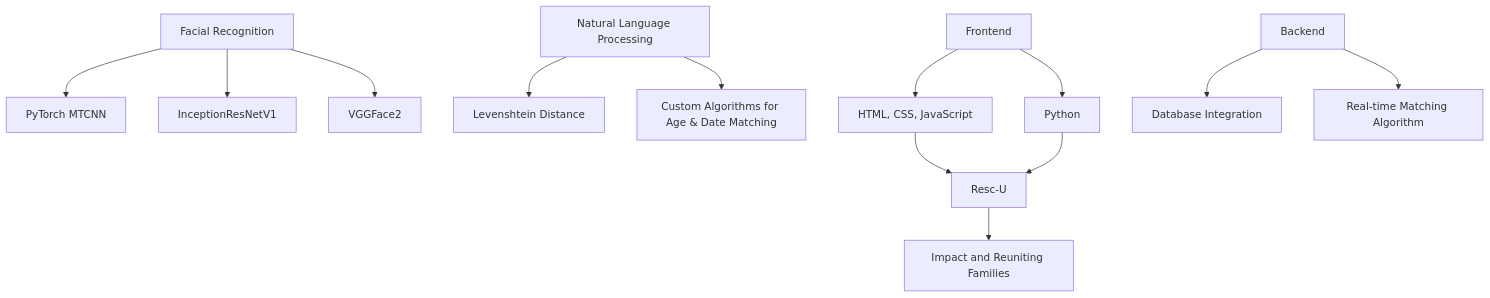
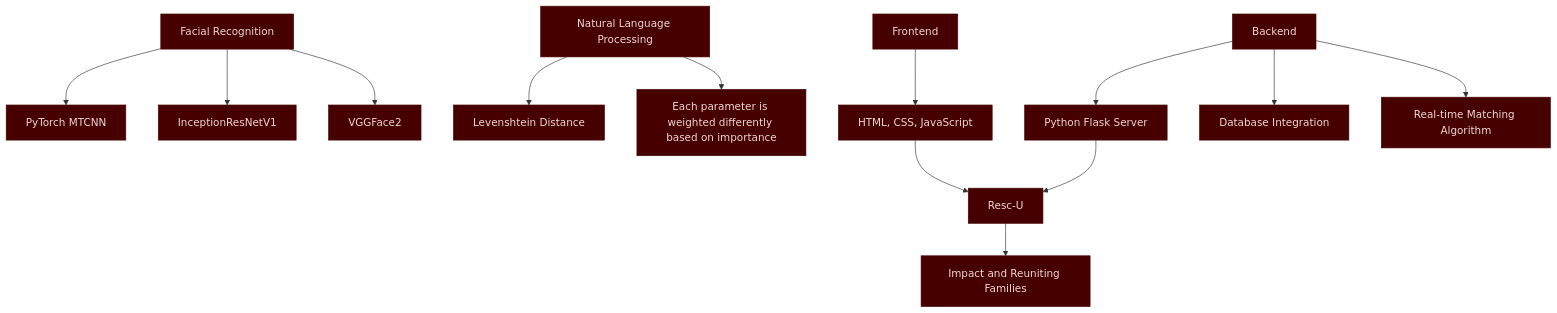
The diagram in README.md (Leter-Tech/Resc-U), drawn with Mermaid before and after one commit.

````diff
--- a/README.md
+++ b/README.md
@@ -56,15 +56,31 @@
 ```mermaid
 graph TD
+    style A fill:#470000,stroke:#470000,color:#f0d6d3
+    style B fill:#470000,stroke:#470000,color:#f0d6d3
+    style C fill:#470000,stroke:#470000,color:#f0d6d3
+    style D fill:#470000,stroke:#470000,color:#f0d6d3
+    style E fill:#470000,stroke:#470000,color:#f0d6d3
+    style F fill:#470000,stroke:#470000,color:#f0d6d3
+    style G fill:#470000,stroke:#470000,color:#f0d6d3
+    style H fill:#470000,stroke:#470000,color:#f0d6d3
+    style I fill:#470000,stroke:#470000,color:#f0d6d3
+    style J fill:#470000,stroke:#470000,color:#f0d6d3
+    style K fill:#470000,stroke:#470000,color:#f0d6d3
+    style L fill:#470000,stroke:#470000,color:#f0d6d3
+    style M fill:#470000,stroke:#470000,color:#f0d6d3
+    style N fill:#470000,stroke:#470000,color:#f0d6d3
+    style Resc-U fill:#470000,stroke:#470000,color:#f0d6d3
+
     A[Facial Recognition] --> B[PyTorch MTCNN]
     A --> C[InceptionResNetV1]
     A --> D[VGGFace2]
     E[Natural Language Processing] --> F[Levenshtein Distance]
-    E --> G[Custom Algorithms for Age & Date Matching]
+    E --> G[Each parameter is weighted differently based on importance]
     H[Frontend] --> I[HTML, CSS, JavaScript]
-    H --> J[Python]
     K[Backend] --> L[Database Integration]
     K --> M[Real-time Matching Algorithm]
+    K --> J[Python Flask Server]
     I --> Resc-U
     J --> Resc-U
     Resc-U --> N[Impact and Reuniting Families]
 ```
````
